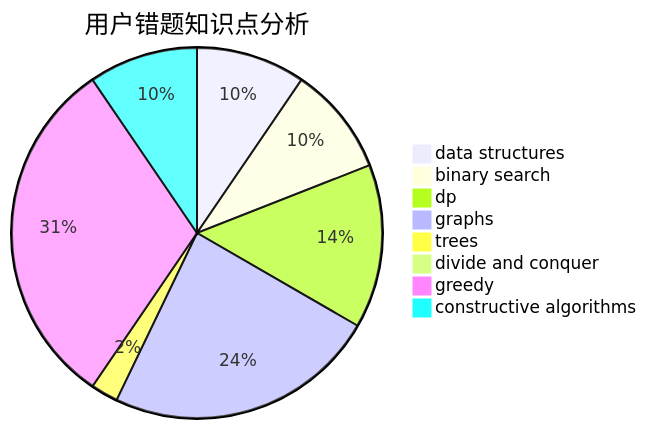
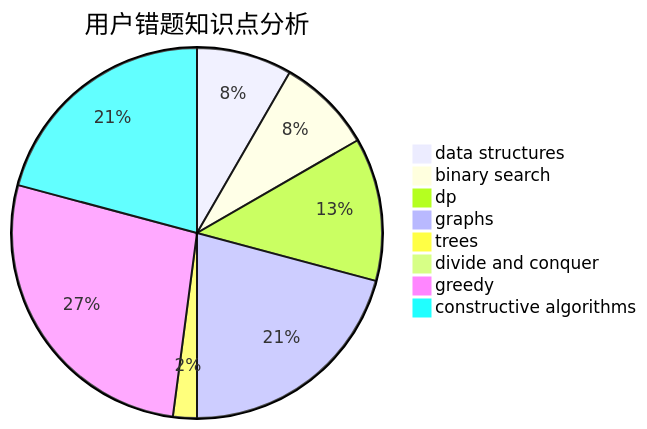
One commit to sherpahu/cfrs.github.io changed the third of 3 diagrams in docs/user/u1954.md. Above: the diagram before and after it, drawn with Mermaid. The commit also changed other lines of this file and 2770 other files, not shown here.

````diff
--- a/docs/user/u1954.md
+++ b/docs/user/u1954.md
@@ -36,11 +36,11 @@
 ```mermaid
 pie title 用户错题知识点分析
     "data structures" :  4
     "binary search" :  4
     "dp" :  6
     "graphs" :  10
     "trees" :  1
     "divide and conquer" :  0
     "greedy" :  13
-    "constructive algorithms" :  4
+    "constructive algorithms" :  10
 ```
````
